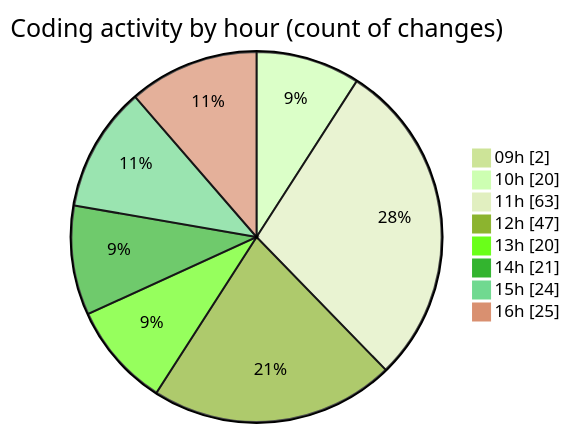
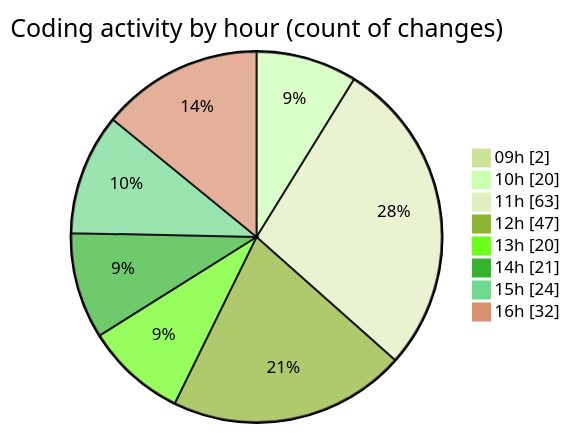
One commit to momahboobian/code-tracking changed the second of 2 diagrams in 2025-04-08/cda/README.md. Above: the diagram before and after it, drawn with Mermaid (forest theme). The commit also changed other lines of this file and 1 other file, not shown here.

````diff
--- a/2025-04-08/cda/README.md
+++ b/2025-04-08/cda/README.md
@@ -42,12 +43,12 @@
 ```mermaid
 pie showData
 title Coding activity by hour (count of changes)
 "09h" : 2
 "10h" : 20
 "11h" : 63
 "12h" : 47
 "13h" : 20
 "14h" : 21
 "15h" : 24
-"16h" : 25
+"16h" : 32
 ```
````
